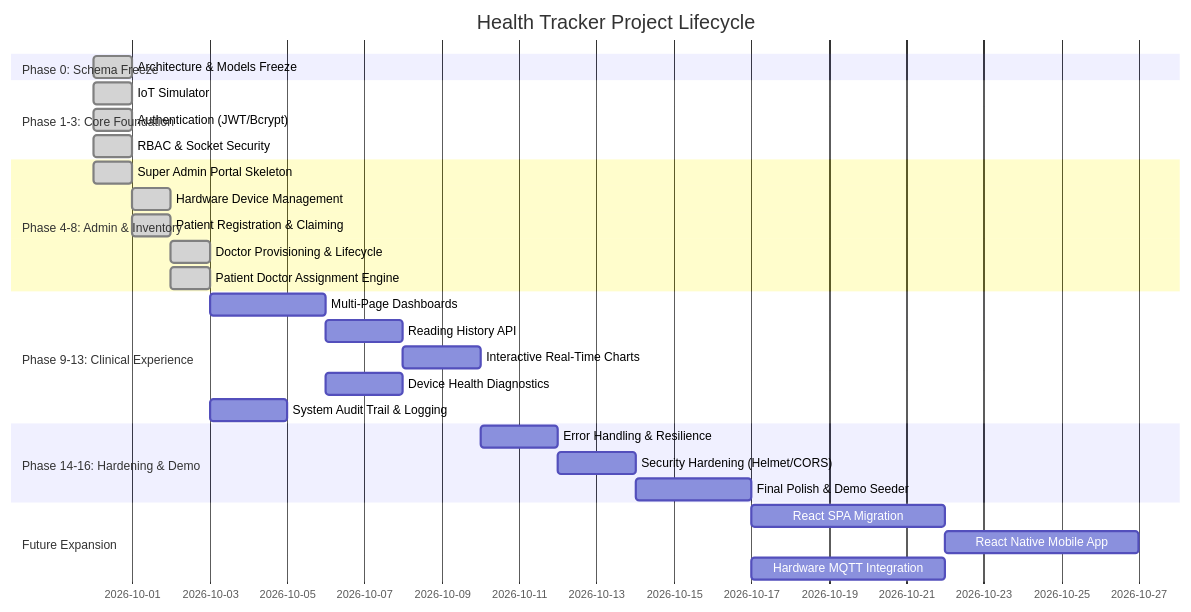
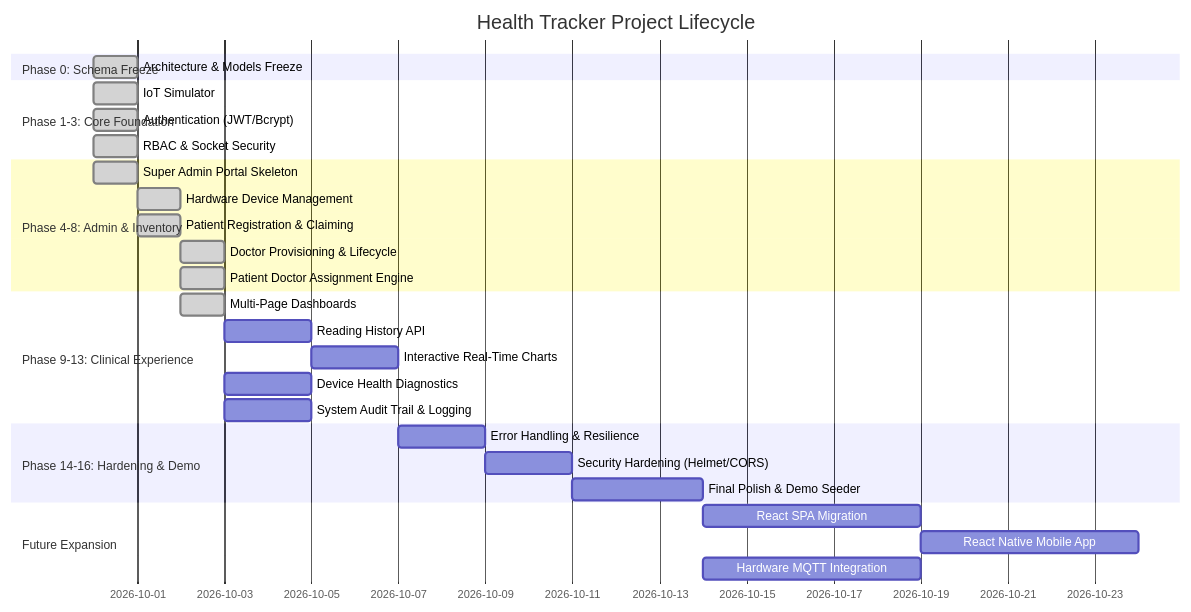
The diagram in doc/HEALTH_TRACKER_PROGRESS.md (Rishi-Dev-pro/med-p), drawn with Mermaid before and after one commit. The commit also changed other lines of this file and 23 other files, not shown here.

Commit message:
feat: implement phase 9 multi-page dashboard architecture

````diff
--- a/doc/HEALTH_TRACKER_PROGRESS.md
+++ b/doc/HEALTH_TRACKER_PROGRESS.md
@@ -24,31 +24,31 @@
 ```mermaid
 gantt
     title Health Tracker Project Lifecycle
     dateFormat  YYYY-MM-DD
     section Phase 0: Schema Freeze
     Architecture & Models Freeze       :done, p0, 2026-09-30, 1d
     section Phase 1-3: Core Foundation
     IoT Simulator                     :done, p1, 2026-09-30, 1d
     Authentication (JWT/Bcrypt)       :done, p2, 2026-09-30, 1d
     RBAC & Socket Security            :done, p3, 2026-09-30, 1d
     section Phase 4-8: Admin & Inventory
     Super Admin Portal Skeleton       :done, p4, 2026-09-30, 1d
     Hardware Device Management        :done, p5, 2026-10-01, 1d
     Patient Registration & Claiming   :done, p6, 2026-10-01, 1d
     Doctor Provisioning & Lifecycle   :done, p7, 2026-10-02, 1d
     Patient Doctor Assignment Engine  :done, p8, 2026-10-02, 1d
     section Phase 9-13: Clinical Experience
-    Multi-Page Dashboards             :p9, after p8, 3d
+    Multi-Page Dashboards             :done, p9, 2026-10-02, 1d
     Reading History API               :p10, after p9, 2d
     Interactive Real-Time Charts      :p11, after p10, 2d
     Device Health Diagnostics         :p12, after p9, 2d
     System Audit Trail & Logging      :p13, after p8, 2d
     section Phase 14-16: Hardening & Demo
     Error Handling & Resilience       :p14, after p11, 2d
     Security Hardening (Helmet/CORS)  :p15, after p14, 2d
     Final Polish & Demo Seeder        :p16, after p15, 3d
     section Future Expansion
     React SPA Migration               :p17, after p16, 5d
     React Native Mobile App           :p18, after p17, 5d
     Hardware MQTT Integration         :p19, after p16, 5d
 ```
````
